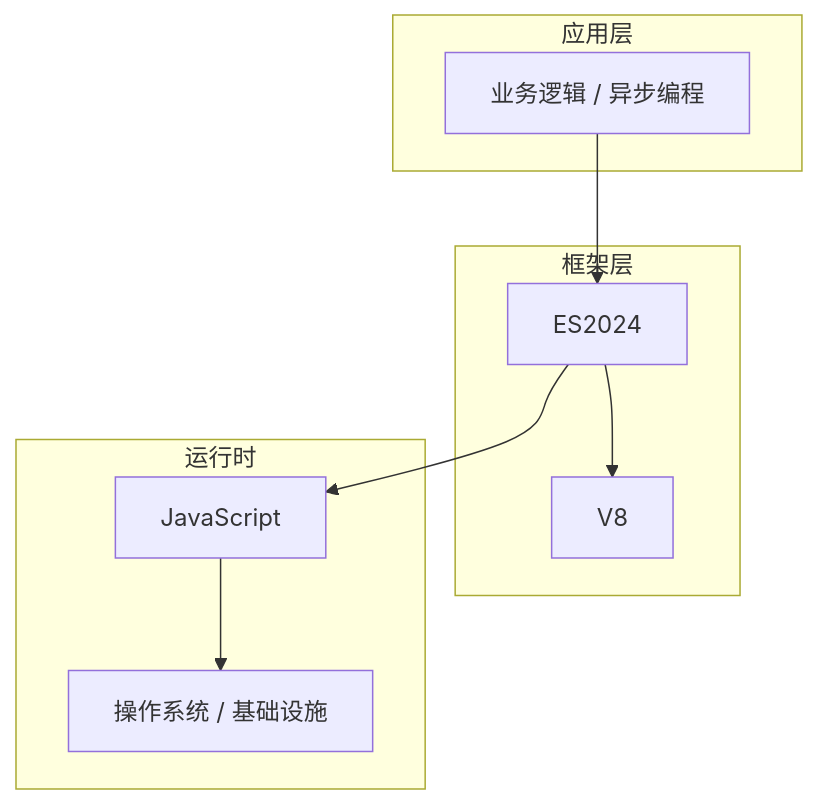
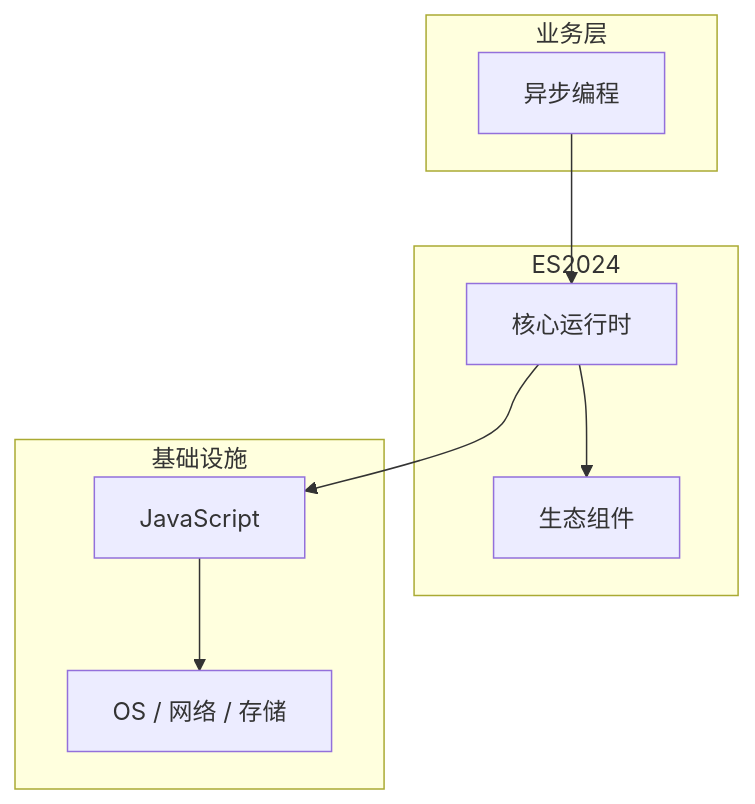
Before and after one commit to yanggan2015/knowledge-json-v2: the diagram in articles/JavaScript核心/chapters/121-异步编程核心概念与原理.md, drawn with Mermaid. The commit also changed other lines of this file and 10127 other files, not shown here.

````diff
--- a/articles/JavaScript核心/chapters/121-异步编程核心概念与原理.md
+++ b/articles/JavaScript核心/chapters/121-异步编程核心概念与原理.md
@@ -45,18 +34,18 @@
 ```mermaid
 graph TB
-    subgraph 应用层
-        A[业务逻辑 / 异步编程]
+    subgraph 业务层
+        A[异步编程]
     end
-    subgraph 框架层
-        B[ES2024]
-        C[V8]
+    subgraph ES2024
+        B[核心运行时]
+        C[生态组件]
     end
-    subgraph 运行时
+    subgraph 基础设施
         D[JavaScript]
-        E[操作系统 / 基础设施]
+        E[OS / 网络 / 存储]
     end
     A --> B
     B --> C
     B --> D
     D --> E
 ```
````
